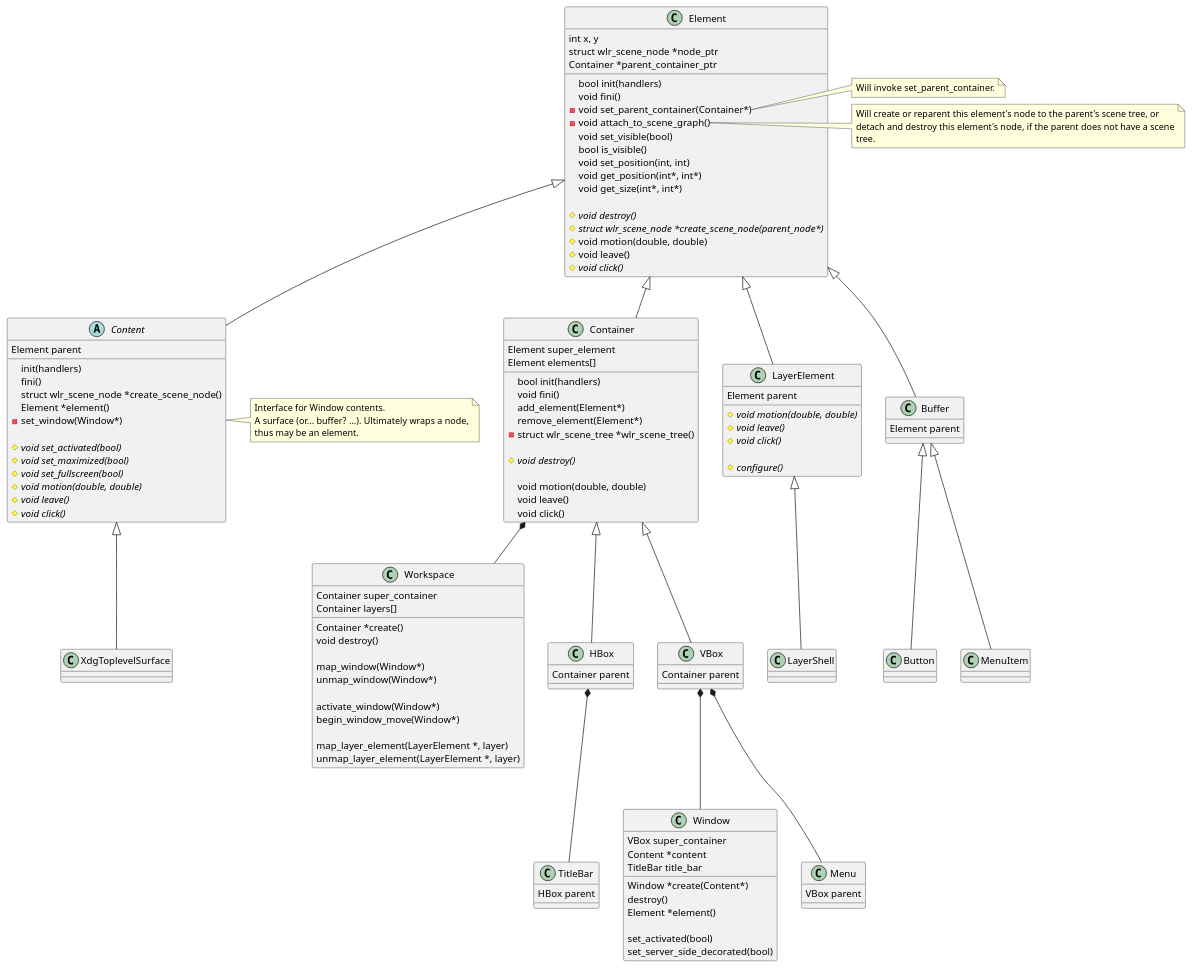
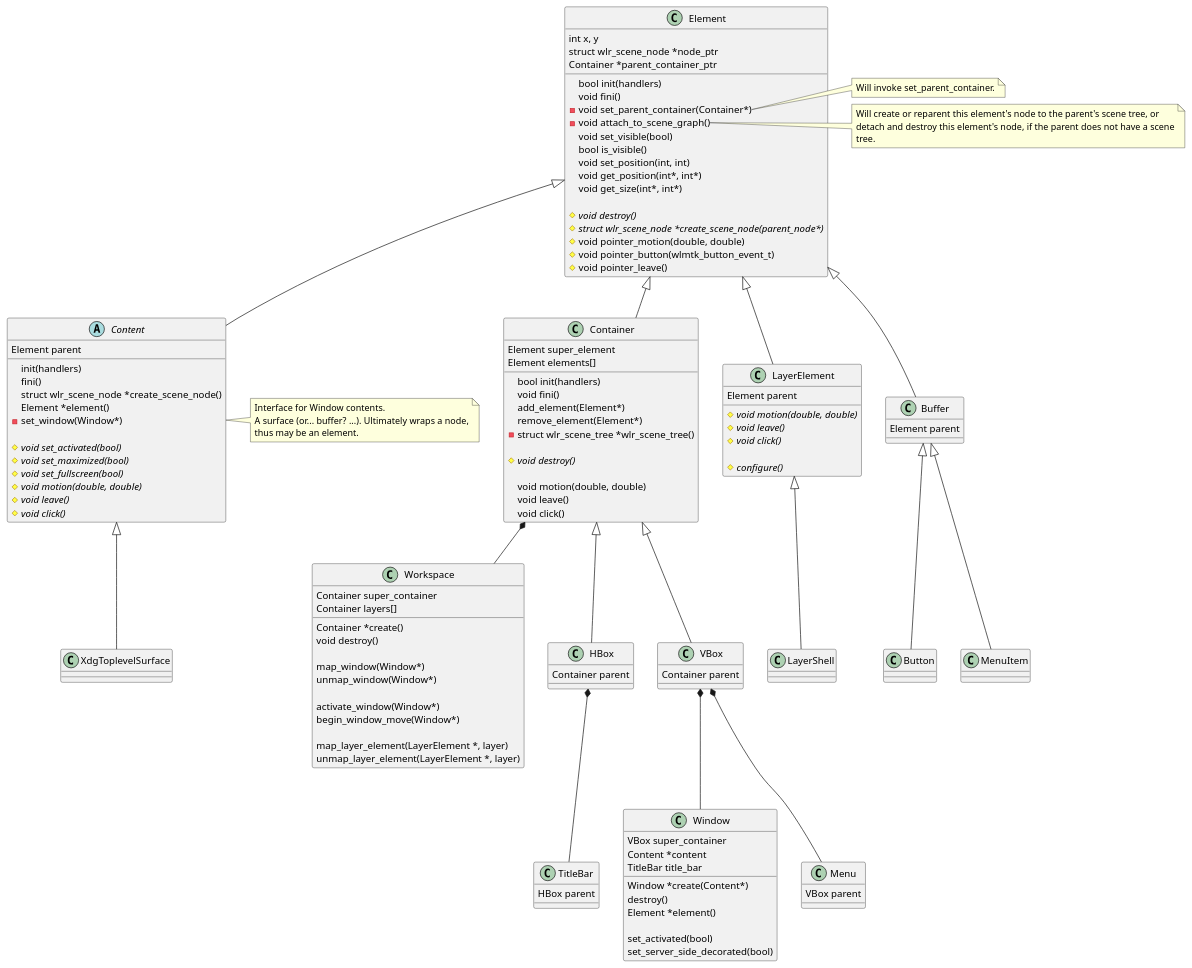
One commit to phkaeser/wlmaker changed the first of 2 diagrams in src/toolkit/toolkit.md. Above: the diagram before and after it, drawn with PlantUML. The commit also changed 11 other files, not shown here.

```diff
--- a/src/toolkit/toolkit.md
+++ b/src/toolkit/toolkit.md
@@ -40,9 +40,9 @@
 
   {abstract}#void destroy()
   {abstract}#struct wlr_scene_node *create_scene_node(parent_node*)
-  #void motion(double, double)
-  #void leave()
-  {abstract}#void click()
+  #void pointer_motion(double, double)
+  #void pointer_button(wlmtk_button_event_t)
+  #void pointer_leave()
 }
 note right of Element::"set_parent_container(Container*)"
   Will invoke set_parent_container.
```
